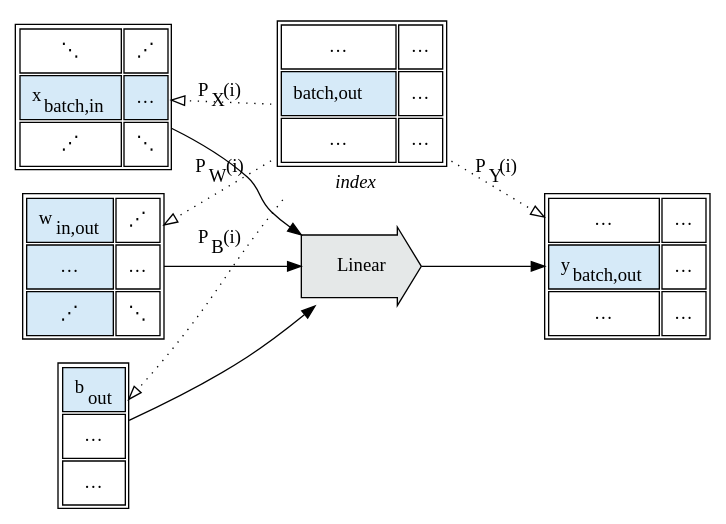
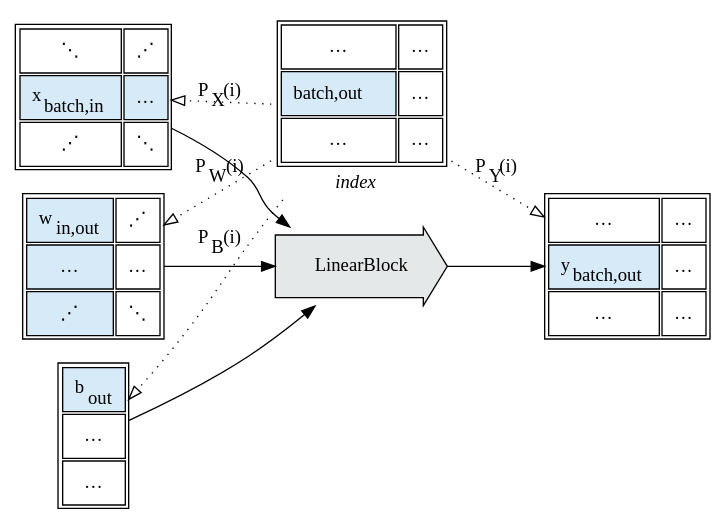
One commit to crutcher/crutcher.github.io-source changed diagram 28 of 28 in source/Tapestry/index.md. Above: the diagram before and after it, drawn with Graphviz. The commit also changed other lines of this file and 1 other file, not shown here.

Commit message:
diagram updates

```diff
--- a/source/Tapestry/index.md
+++ b/source/Tapestry/index.md
@@ -3478,7 +3615,7 @@
             </table>
         >,
     ];
-
+    
     b [
         shape="plain",
         label=<
@@ -3497,7 +3634,7 @@
     ];
 
     Linear [
-        label=Linear,
+        label=LinearBlock,
         shape=rarrow,
         style=filled,
         fillcolor="#E5E8E8",
```
